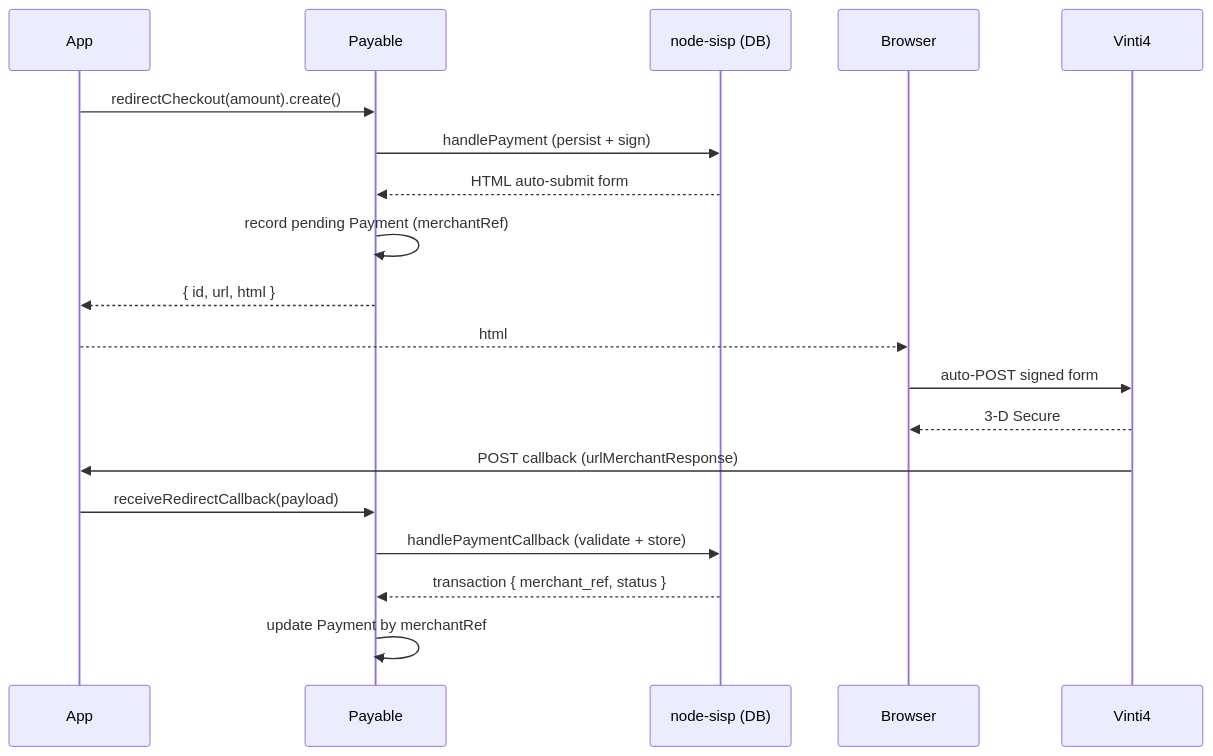
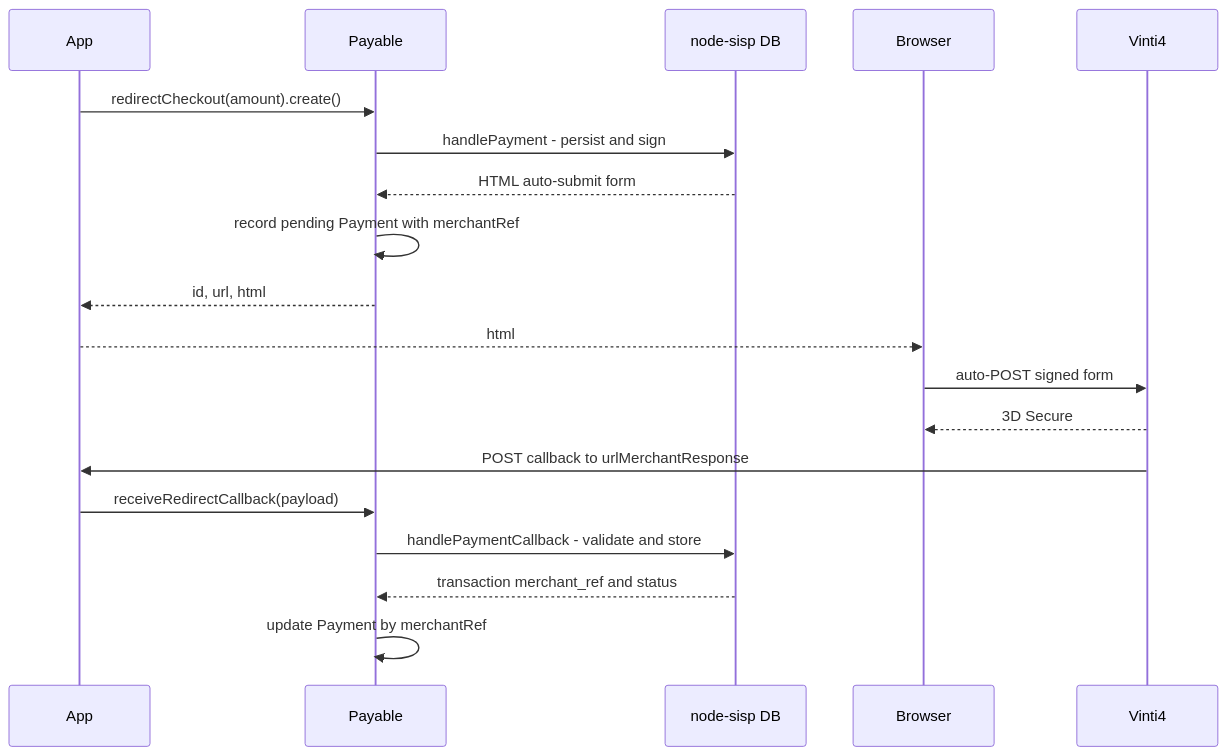
The diagram in _docs_src/integrations/20-sisp.md (kidiatoliny/payable-docs), drawn with Mermaid before and after one commit. The commit also changed other lines of this file, not shown here.

Commit message:
docs: sync from payable bccaf9e

````diff
--- a/_docs_src/integrations/20-sisp.md
+++ b/_docs_src/integrations/20-sisp.md
@@ -154,22 +154,22 @@
 ```mermaid
 sequenceDiagram
   participant App
   participant Payable
-  participant NodeSisp as node-sisp (DB)
+  participant NodeSisp as node-sisp DB
   participant Browser
   participant Vinti4
 
   App->>Payable: redirectCheckout(amount).create()
-  Payable->>NodeSisp: handlePayment (persist + sign)
+  Payable->>NodeSisp: handlePayment - persist and sign
   NodeSisp-->>Payable: HTML auto-submit form
-  Payable->>Payable: record pending Payment (merchantRef)
-  Payable-->>App: { id, url, html }
+  Payable->>Payable: record pending Payment with merchantRef
+  Payable-->>App: id, url, html
   App-->>Browser: html
   Browser->>Vinti4: auto-POST signed form
-  Vinti4-->>Browser: 3-D Secure
-  Vinti4->>App: POST callback (urlMerchantResponse)
+  Vinti4-->>Browser: 3D Secure
+  Vinti4->>App: POST callback to urlMerchantResponse
   App->>Payable: receiveRedirectCallback(payload)
-  Payable->>NodeSisp: handlePaymentCallback (validate + store)
-  NodeSisp-->>Payable: transaction { merchant_ref, status }
+  Payable->>NodeSisp: handlePaymentCallback - validate and store
+  NodeSisp-->>Payable: transaction merchant_ref and status
   Payable->>Payable: update Payment by merchantRef
 ```
````
